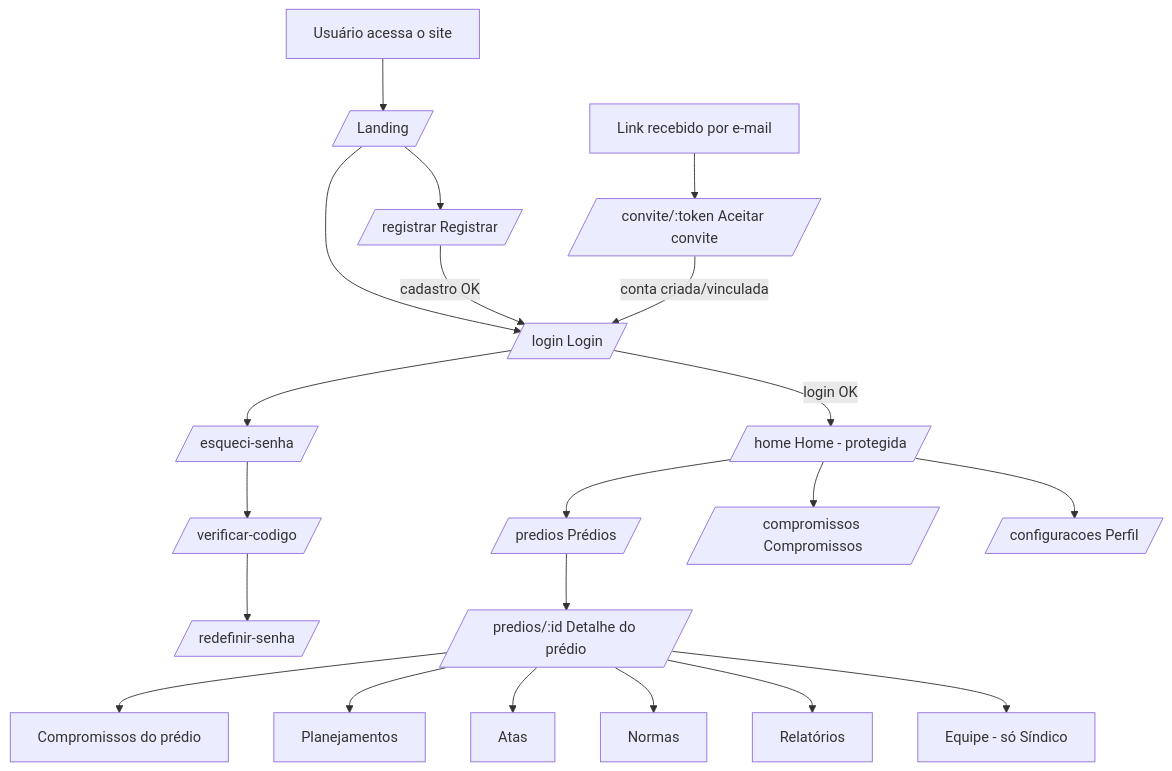
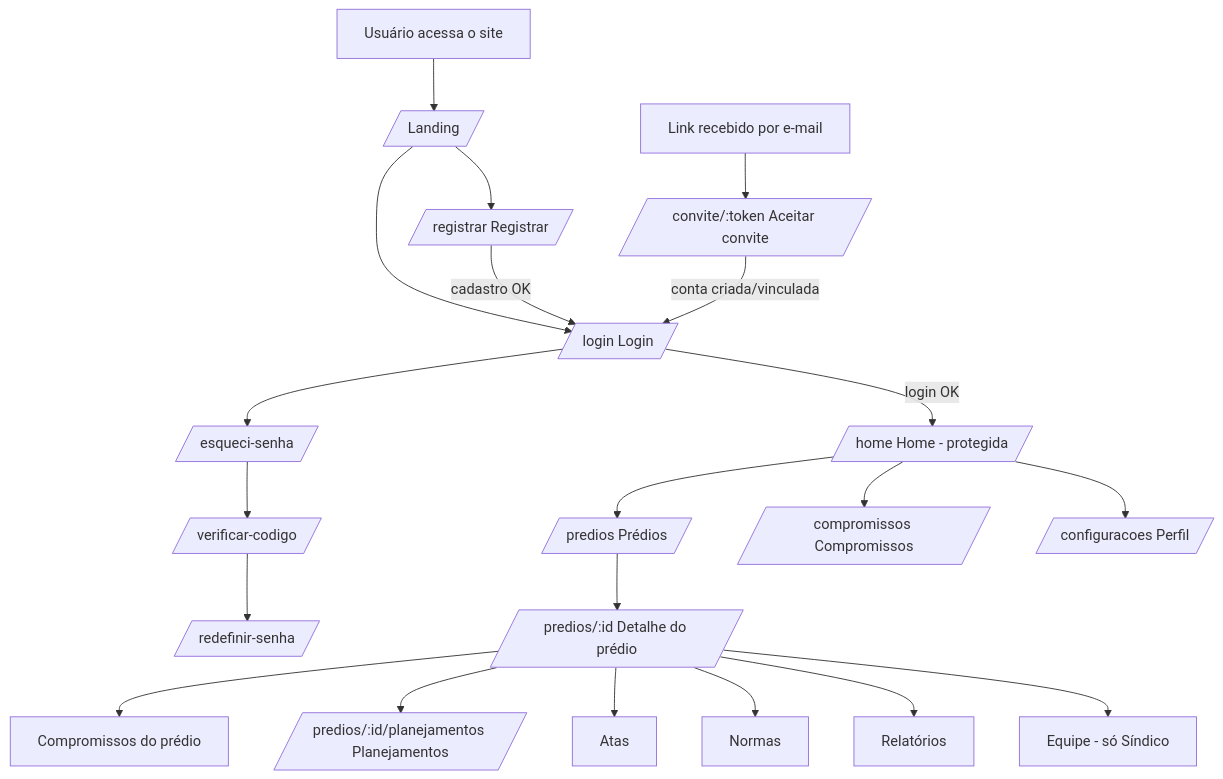
The first of 2 diagrams in frontend/documentation/ARCHITECTURE.md (pdrollucas/euSindico), drawn with Mermaid before and after one commit. The commit also changed other lines of this file and 19 other files, not shown here.

````diff
--- a/frontend/documentation/ARCHITECTURE.md
+++ b/frontend/documentation/ARCHITECTURE.md
@@ -129,27 +137,27 @@
 ```mermaid
 flowchart TD
     A[Usuário acessa o site] --> B[/ Landing/]
     B --> C[/login Login/]
     B --> D[/registrar Registrar/]
     C --> E[/esqueci-senha/]
     E --> F[/verificar-codigo/]
     F --> G[/redefinir-senha/]
 
     C -->|login OK| H[/home Home - protegida/]
     D -->|cadastro OK| C
 
     H --> I[/predios Prédios/]
     H --> J[/compromissos Compromissos/]
     H --> K[/configuracoes Perfil/]
 
     I --> L[/predios/:id Detalhe do prédio/]
     L --> M[Compromissos do prédio]
-    L --> N[Planejamentos]
+    L --> N[/predios/:id/planejamentos Planejamentos/]
     L --> O[Atas]
     L --> P[Normas]
     L --> Q[Relatórios]
     L --> R[Equipe - só Síndico]
 
     Z[Link recebido por e-mail] --> Y[/convite/:token Aceitar convite/]
     Y -->|conta criada/vinculada| C
 ```
````
